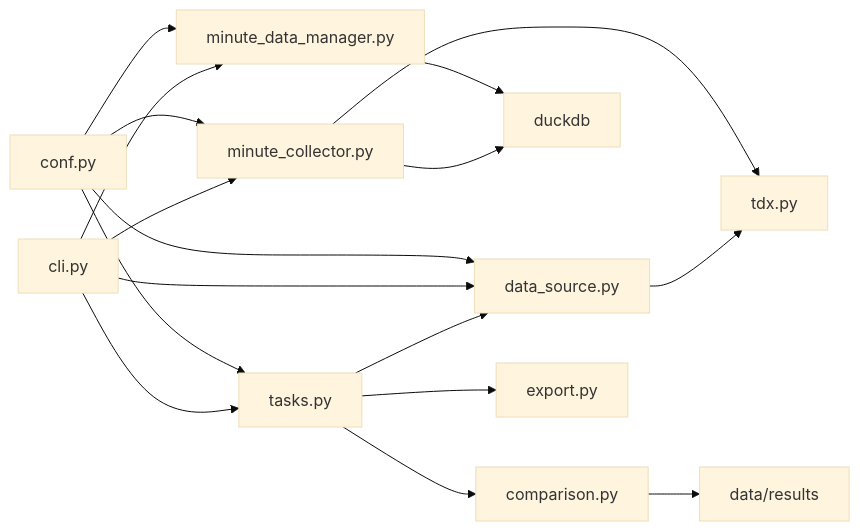
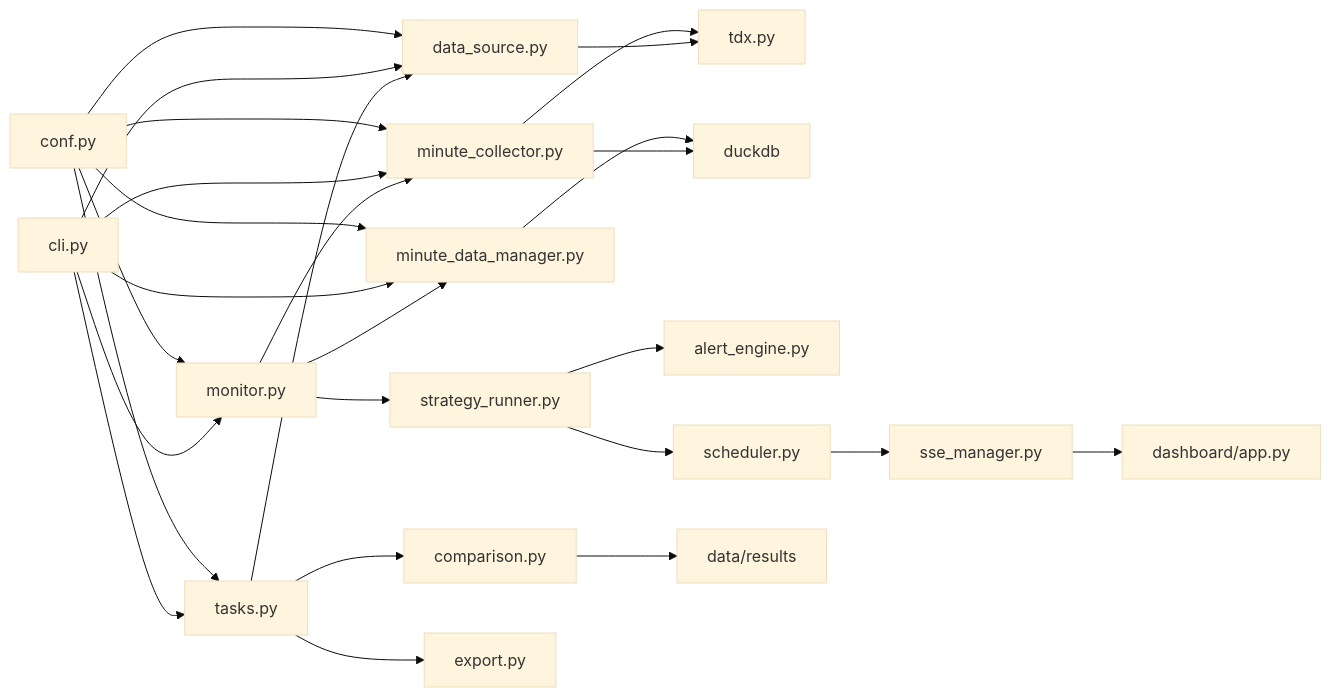
Before and after one commit to ldeng76/quant-ETF: diagram 11 of 11 in .qoder/repowiki/zh/content/数据处理系统/数据处理系统.md, drawn with Mermaid (base theme). The commit also changed other lines of this file and 12 other files, not shown here.

````diff
--- a/.qoder/repowiki/zh/content/数据处理系统/数据处理系统.md
+++ b/.qoder/repowiki/zh/content/数据处理系统/数据处理系统.md
@@ -403,19 +603,28 @@
 ```mermaid
 graph LR
 DS["data_source.py"] --> TDX["tdx.py"]
 MC["minute_collector.py"] --> TDX
 MC --> DUCKDB["duckdb"]
 MDM["minute_data_manager.py"] --> DUCKDB
+MON["monitor.py"] --> MC
+MON --> MDM
+MON --> STRATEGY["strategy_runner.py"]
+STRATEGY --> ALERT["alert_engine.py"]
+STRATEGY --> SCHED["scheduler.py"]
+SCHED --> SSE["sse_manager.py"]
+SSE --> DASH["dashboard/app.py"]
 TASKS["tasks.py"] --> DS
 TASKS --> COMPARE["comparison.py"]
 TASKS --> EXPORT["export.py"]
 COMPARE --> RESULTS["data/results"]
 CLI["cli.py"] --> DS
 CLI --> MC
 CLI --> MDM
+CLI --> MON
 CLI --> TASKS
 CONF["conf.py"] --> DS
 CONF --> MC
 CONF --> MDM
+CONF --> MON
 CONF --> TASKS
 ```
````
